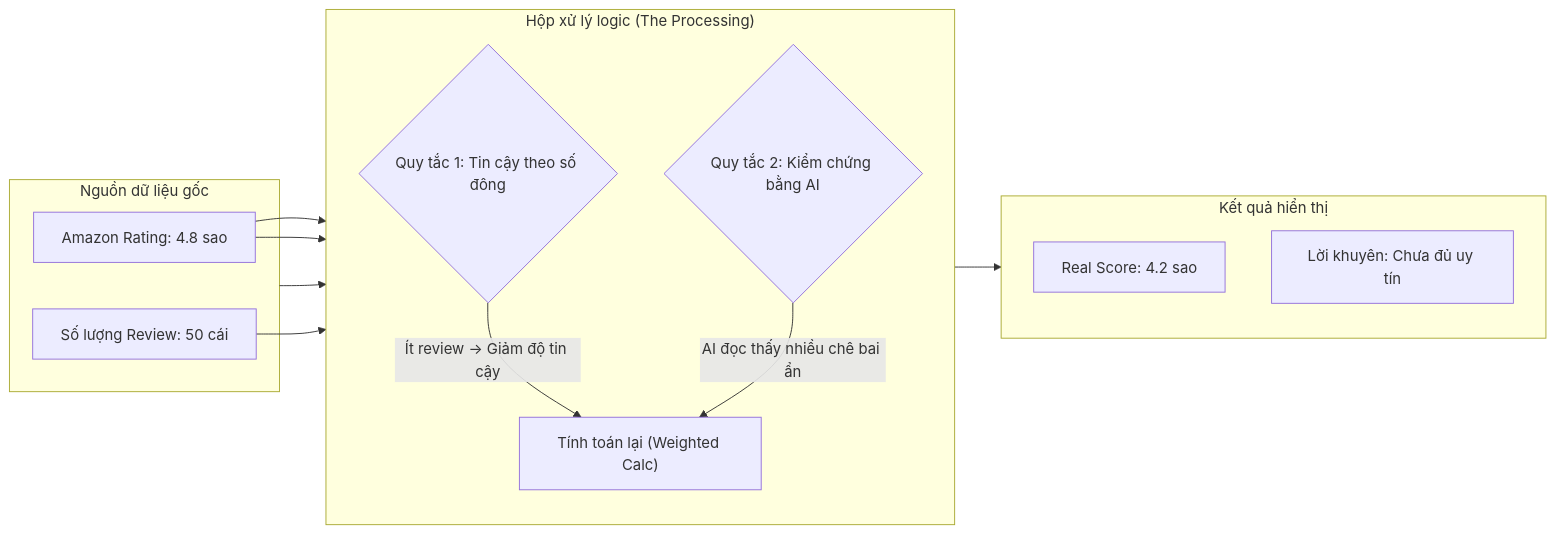
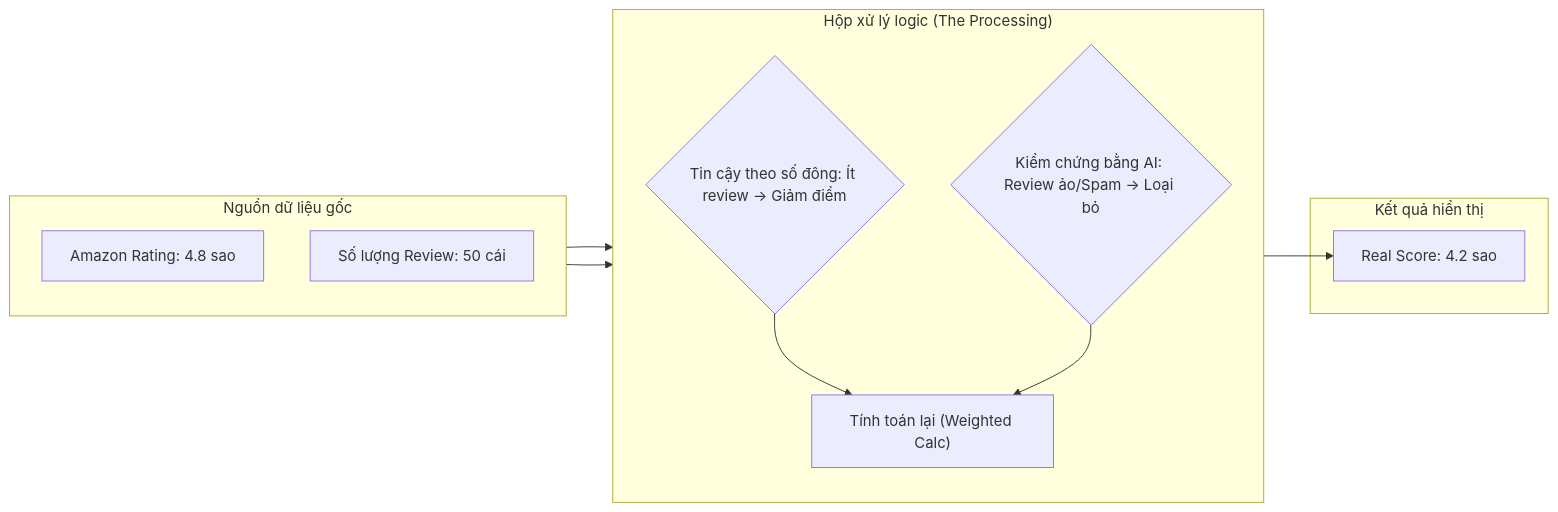
Before and after one commit to Daniel-LeTC/AI_market_intel_platform: the third of 3 diagrams in docs/architecture_analysis_v2/08_User_Functional_Deep_Dive.md, drawn with Mermaid. The commit also changed other lines of this file and 1 other file, not shown here.

Commit message:
docs: decouple Social Scout and refine metadata/review logic

````diff
--- a/docs/architecture_analysis_v2/08_User_Functional_Deep_Dive.md
+++ b/docs/architecture_analysis_v2/08_User_Functional_Deep_Dive.md
@@ -61,28 +66,22 @@
 ```mermaid
 flowchart LR
     subgraph SOURCE ["Nguồn dữ liệu gốc"]
         AMZ_Rating["Amazon Rating: 4.8 sao"]
         Review_Vol["Số lượng Review: 50 cái"]
     end
 
     subgraph LOGIC ["Hộp xử lý logic (The Processing)"]
         direction TB
-        Rule1{"Quy tắc 1: Tin cậy theo số đông"}
-        Rule2{"Quy tắc 2: Kiểm chứng bằng AI"}
+        Rule1{"Tin cậy theo số đông: Ít review -> Giảm điểm"}
+        Rule2{"Kiểm chứng bằng AI: Review ảo/Spam -> Loại bỏ"}
         Calc["Tính toán lại (Weighted Calc)"]
-
-        AMZ_Rating --> Rule1
-        Review_Vol --> Rule1
-        Rule1 -- "Ít review -> Giảm độ tin cậy" --> Calc
-        
-        AMZ_Rating --> Rule2
-        Rule2 -- "AI đọc thấy nhiều chê bai ẩn" --> Calc
     end
 
     subgraph RESULT ["Kết quả hiển thị"]
         Real_Score["Real Score: 4.2 sao"]
-        Advice["Lời khuyên: Chưa đủ uy tín"]
     end
 
-    SOURCE --> LOGIC --> RESULT
+    SOURCE --> Rule1 --> Calc
+    SOURCE --> Rule2 --> Calc
+    Calc --> Real_Score
 ```
````
